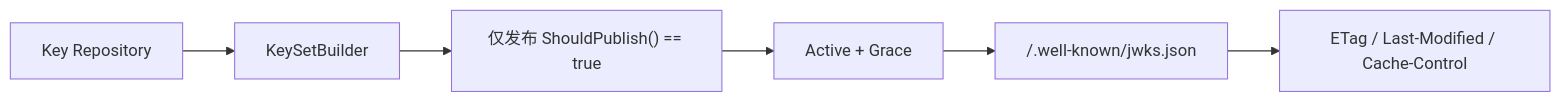
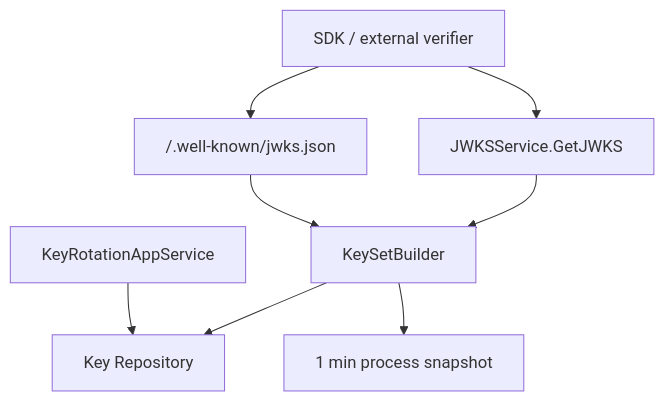
The seventh of 7 diagrams in docs/05-专题分析/01-认证链路--从登录请求到 Token 与 JWKS.md (FangcunMount/iam), drawn with Mermaid before and after one commit. The commit also changed other lines of this file and 61 other files, not shown here.

````diff
--- a/docs/05-专题分析/01-认证链路--从登录请求到 Token 与 JWKS.md
+++ b/docs/05-专题分析/01-认证链路--从登录请求到 Token 与 JWKS.md
@@ -339,8 +233,18 @@
 ```mermaid
-flowchart LR
-    Repo["Key Repository"] --> Builder["KeySetBuilder"]
-    Builder --> Filter["仅发布 ShouldPublish() == true"]
-    Filter --> States["Active + Grace"]
-    States --> Resp["/.well-known/jwks.json"]
-    Resp --> Cache["ETag / Last-Modified / Cache-Control"]
+flowchart TD
+    KeyRepo["Key Repository"]
+    Rotator["KeyRotationAppService"]
+    Builder["KeySetBuilder"]
+    Snapshot["1 min process snapshot"]
+    REST["/.well-known/jwks.json"]
+    GRPC["JWKSService.GetJWKS"]
+    Clients["SDK / external verifier"]
+
+    Rotator --> KeyRepo
+    Builder --> KeyRepo
+    Builder --> Snapshot
+    REST --> Builder
+    GRPC --> Builder
+    Clients --> REST
+    Clients --> GRPC
 ```
````
